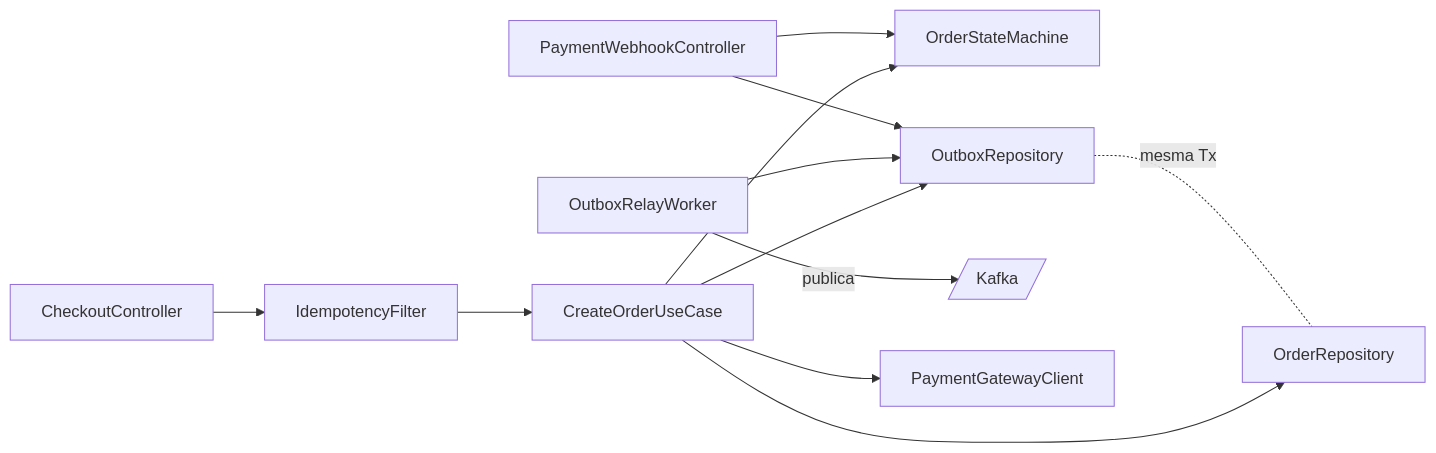
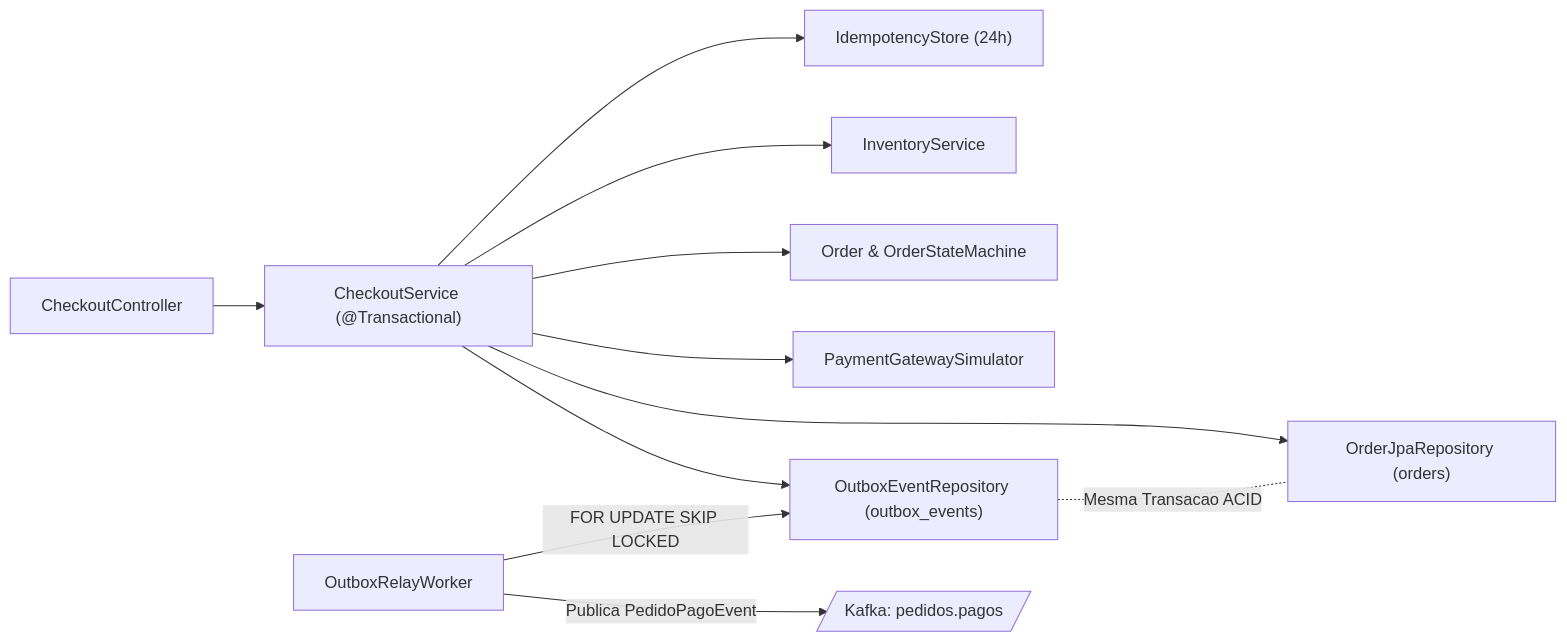
Before and after one commit to leofwingert/BolsoPass: the third of 3 diagrams in Pacote 2 - Arquitetura e Infraestrutura/01 - Arquitetura C4.md, drawn with Mermaid. The commit also changed other lines of this file and 92 other files, not shown here.

````diff
--- a/Pacote 2 - Arquitetura e Infraestrutura/01 - Arquitetura C4.md
+++ b/Pacote 2 - Arquitetura e Infraestrutura/01 - Arquitetura C4.md
@@ -154,14 +169,13 @@
 ```mermaid
 flowchart LR
-  REST[CheckoutController] --> IDE[IdempotencyFilter]
-  IDE --> UC[CreateOrderUseCase]
-  UC --> SM[OrderStateMachine]
-  UC --> OR[OrderRepository]
-  UC --> OX[OutboxRepository]
-  OX -. mesma Tx .- OR
-  WORK[OutboxRelayWorker] --> OX
-  WORK -->|publica| KF[/Kafka/]
-  WH[PaymentWebhookController] --> SM
-  WH --> OX
-  UC --> PG[PaymentGatewayClient]
+    REST["CheckoutController"] --> SVC["CheckoutService (@Transactional)"]
+    SVC --> IDEM["IdempotencyStore (24h)"]
+    SVC --> INV["InventoryService"]
+    SVC --> SM["Order & OrderStateMachine"]
+    SVC --> GW["PaymentGatewaySimulator"]
+    SVC --> OR["OrderJpaRepository (orders)"]
+    SVC --> OX["OutboxEventRepository (outbox_events)"]
+    OX -. "Mesma Transacao ACID" .- OR
+    WORK["OutboxRelayWorker"] -->|"FOR UPDATE SKIP LOCKED"| OX
+    WORK -->|"Publica PedidoPagoEvent"| KF[/"Kafka: pedidos.pagos"/]
 ```
````
